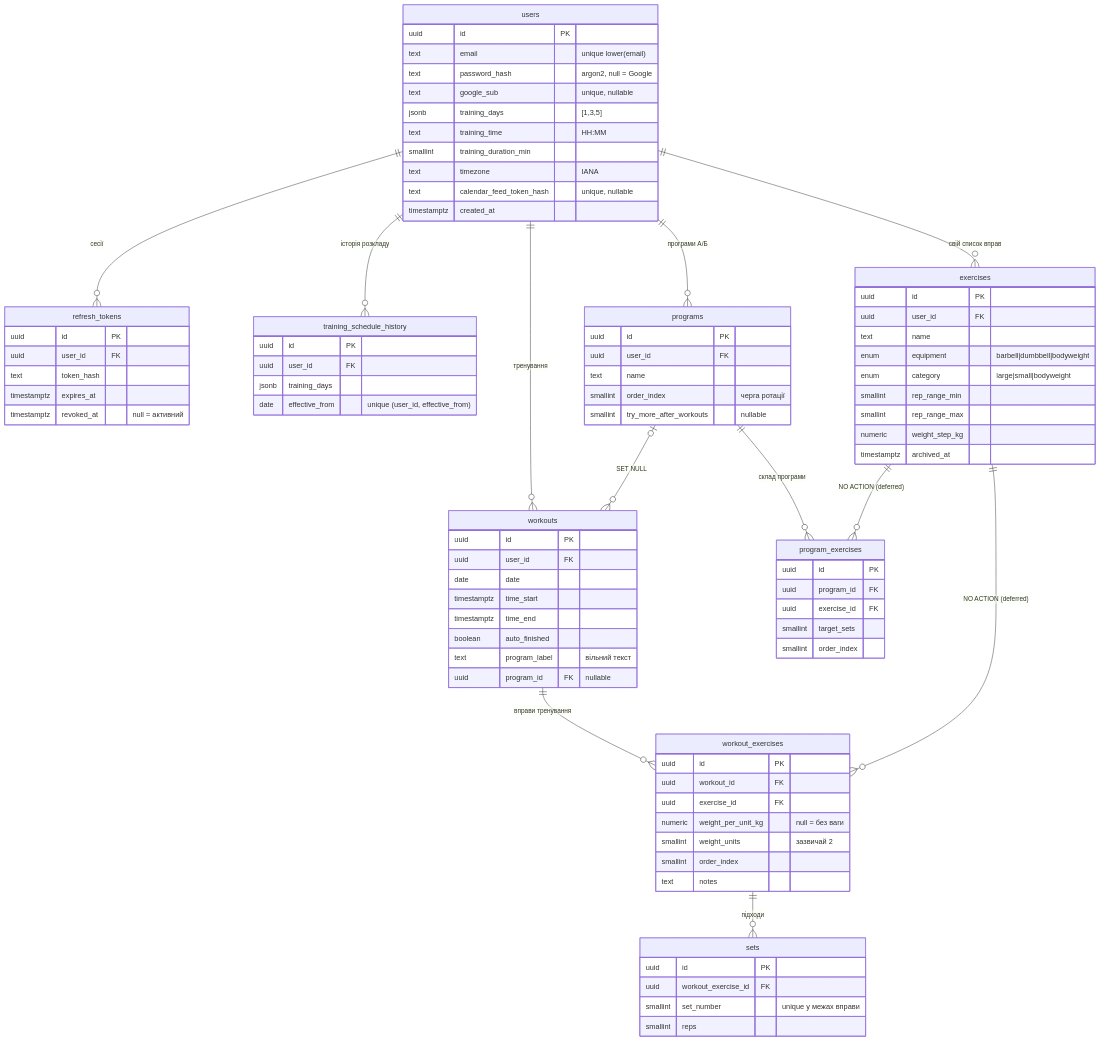
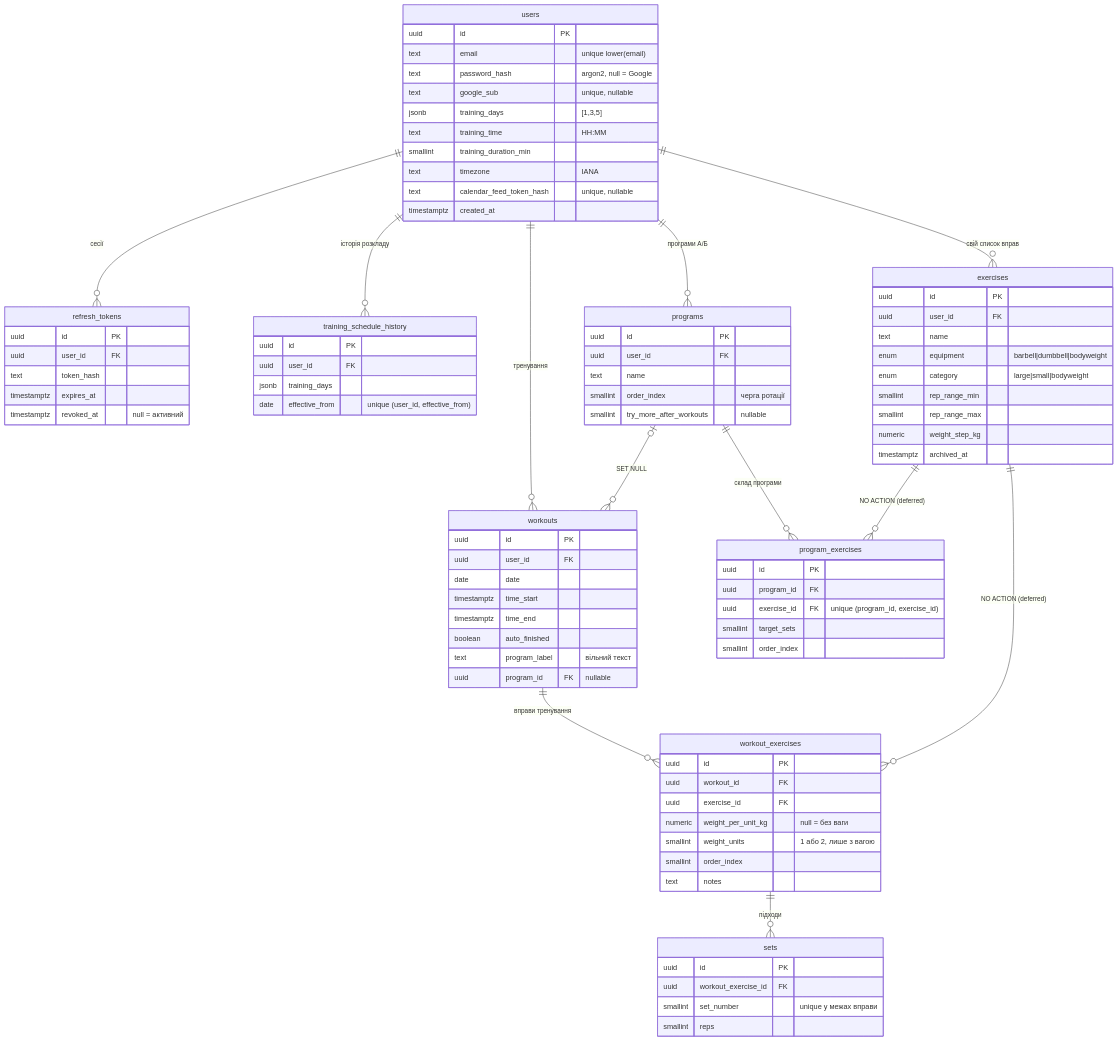
One commit to SergioBurlaka/MyGym changed the diagram in docs/db/ARCHITECTURE.md. Above: the diagram before and after it, drawn with Mermaid. The commit also changed other lines of this file and 1 other file, not shown here.

Commit message:
docs(db): describe integrity constraints and exercise name rules

```diff
--- a/docs/db/ARCHITECTURE.md
+++ b/docs/db/ARCHITECTURE.md
@@ -69,7 +69,7 @@
     program_exercises {
         uuid id PK
         uuid program_id FK
-        uuid exercise_id FK
+        uuid exercise_id FK "unique (program_id, exercise_id)"
         smallint target_sets
         smallint order_index
     }
@@ -88,7 +88,7 @@
         uuid workout_id FK
         uuid exercise_id FK
         numeric weight_per_unit_kg "null = без ваги"
-        smallint weight_units "зазвичай 2"
+        smallint weight_units "1 або 2, лише з вагою"
         smallint order_index
         text notes
     }
```
